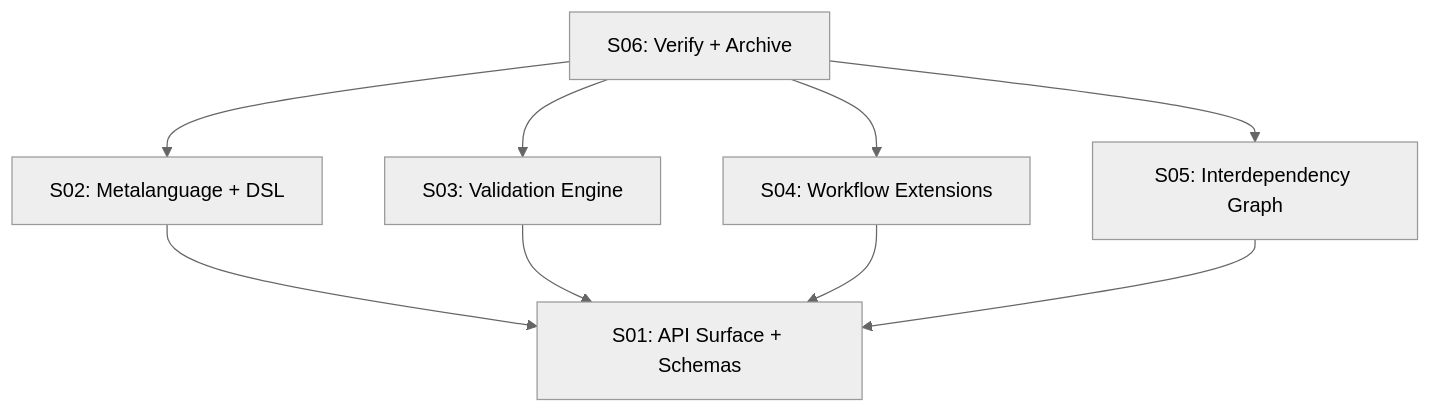
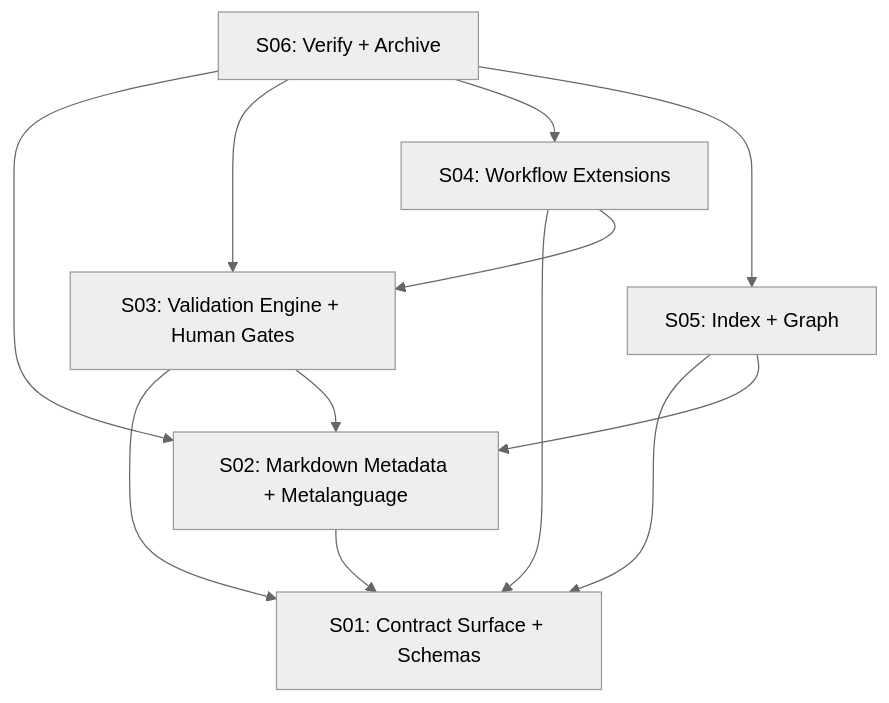
One commit to cmartinezs/ddd-hexagonal-ai-template changed the diagram in planning/active/017-planning-api/README.md. Above: the diagram before and after it, drawn with Mermaid (neutral theme). The commit also changed other lines of this file, not shown here.

Commit message:
docs(planning): redefine 017 overview as agnostic automation contract

````diff
--- a/planning/active/017-planning-api/README.md
+++ b/planning/active/017-planning-api/README.md
@@ -35,12 +54,15 @@
 ```mermaid
 flowchart TD
-    S01["S01: API Surface + Schemas"]
-    S02["S02: Metalanguage + DSL"] --> S01
-    S03["S03: Validation Engine"] --> S01
+    S01["S01: Contract Surface + Schemas"]
+    S02["S02: Markdown Metadata + Metalanguage"] --> S01
+    S03["S03: Validation Engine + Human Gates"] --> S01
+    S03 --> S02
     S04["S04: Workflow Extensions"] --> S01
-    S05["S05: Interdependency Graph"] --> S01
+    S04 --> S03
+    S05["S05: Index + Graph"] --> S01
+    S05 --> S02
     S06["S06: Verify + Archive"] --> S02
     S06 --> S03
     S06 --> S04
     S06 --> S05
 ```
````
